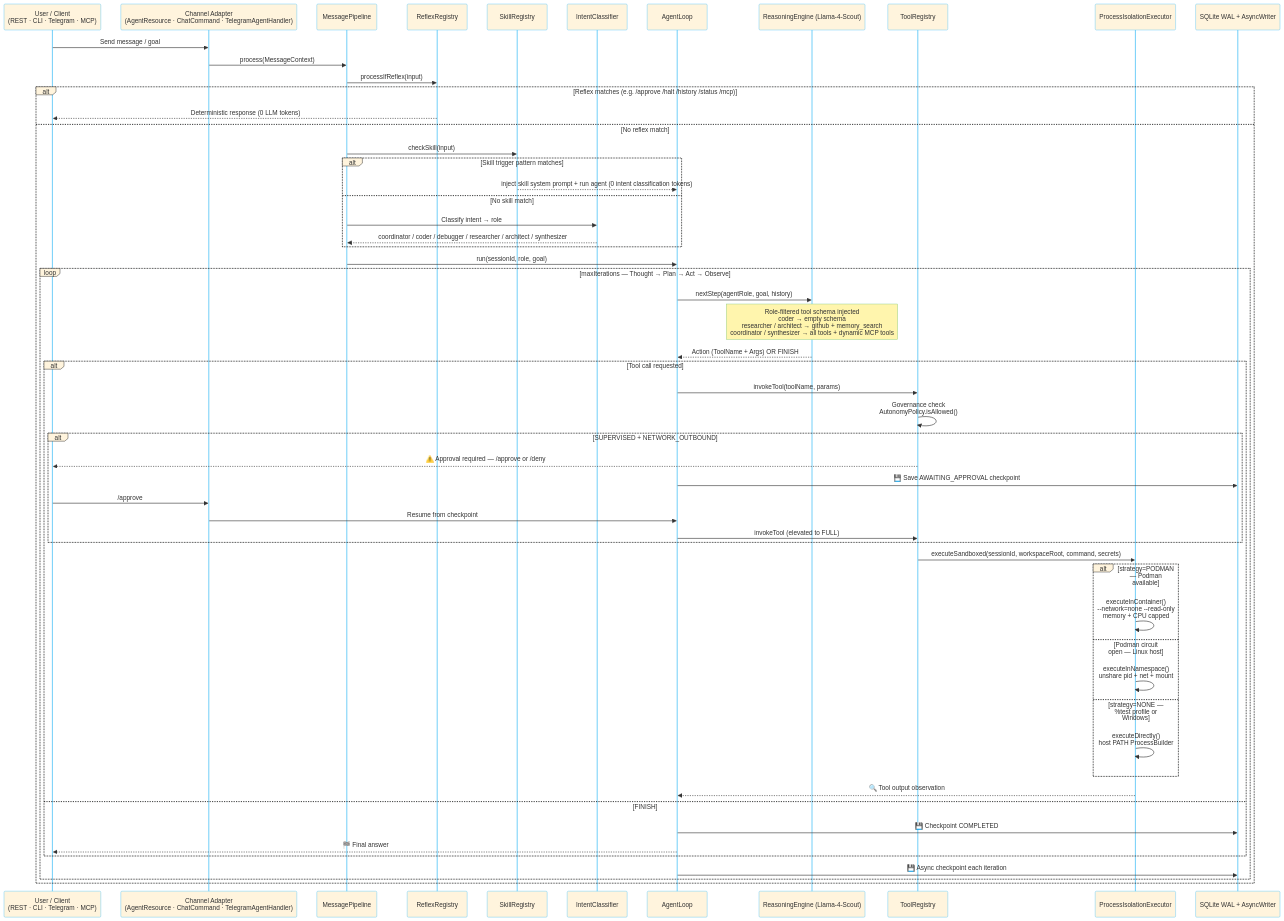
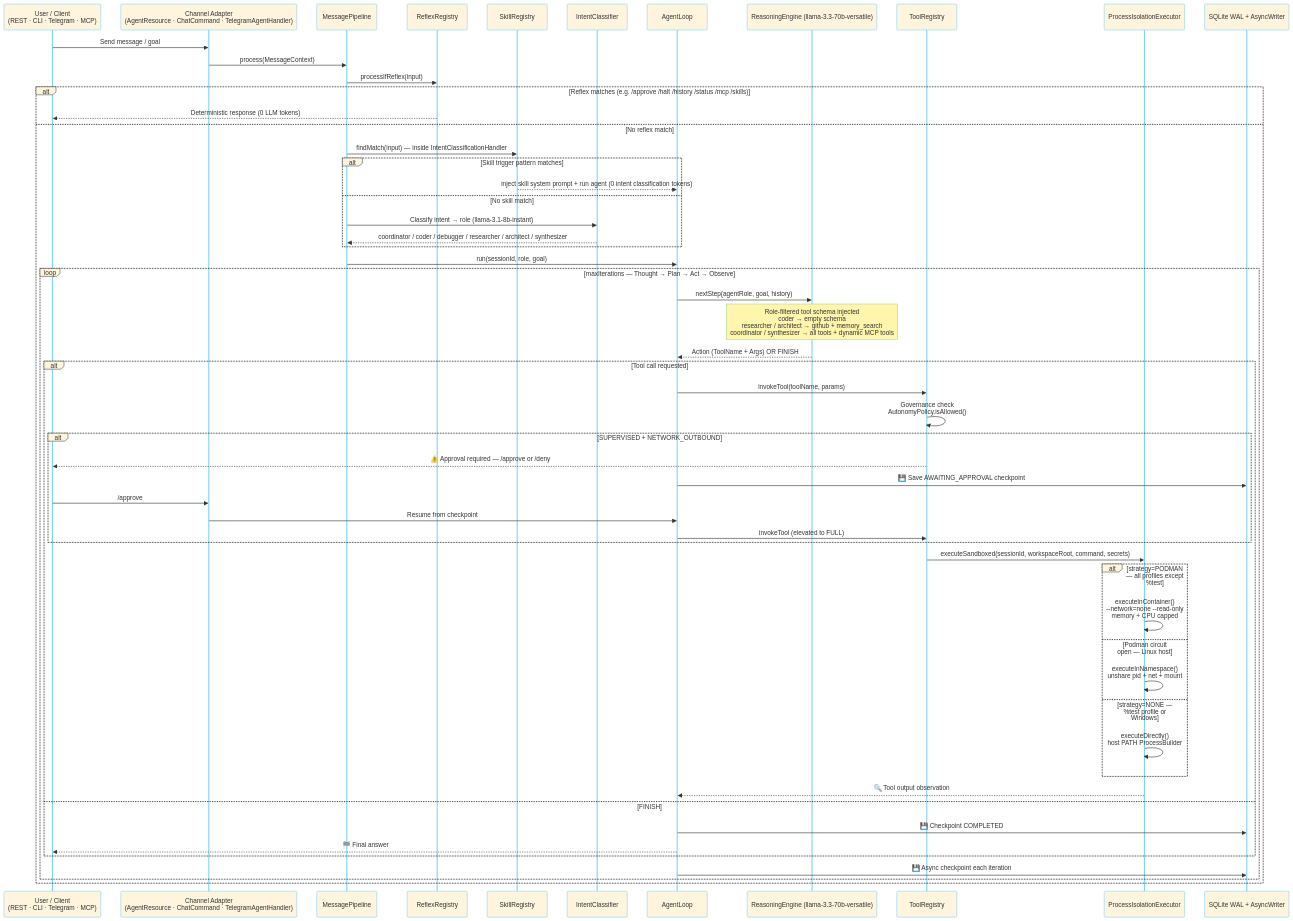
Before and after one commit to rsrini7/AmshaAgent: the third of 8 diagrams in README.md, drawn with Mermaid. The commit also changed other lines of this file, not shown here.

Commit message:
docs: update README to reflect consolidated skill routing within IntentClassificationHandler and new /skills reflex and other key details

````diff
--- a/README.md
+++ b/README.md
@@ -270,68 +269,68 @@
 ```mermaid
 %%{init: {'theme': 'base', 'themeVariables': {'primaryBorderColor': '#4fc3f7', 'lineColor': '#4fc3f7', 'activationBorderColor': '#4fc3f7', 'actorBorder': '#4fc3f7', 'actorLineColor': '#4fc3f7','labelBoxBorderColor': '#0b0c0cff', 'noteBorderColor': '#81c784', 'fontSize': '13px'}}}%%
 sequenceDiagram
     participant U as User / Client<br/>(REST · CLI · Telegram · MCP)
     participant CH as Channel Adapter<br/>(AgentResource · ChatCommand · TelegramAgentHandler)
     participant PP as MessagePipeline
     participant RR as ReflexRegistry
     participant SK as SkillRegistry
     participant IC as IntentClassifier
     participant AL as AgentLoop
-    participant LLM as ReasoningEngine (Llama-4-Scout)
+    participant LLM as ReasoningEngine (llama-3.3-70b-versatile)
     participant TR as ToolRegistry
     participant PIE as ProcessIsolationExecutor
     participant DB as SQLite WAL + AsyncWriter
 
     U->>CH: Send message / goal
     CH->>PP: process(MessageContext)
 
     PP->>RR: processIfReflex(input)
-    alt Reflex matches (e.g. /approve /halt /history /status /mcp)
+    alt Reflex matches (e.g. /approve /halt /history /status /mcp /skills)
         RR-->>U: Deterministic response (0 LLM tokens)
     else No reflex match
-        PP->>SK: checkSkill(input)
+        PP->>SK: findMatch(input) — inside IntentClassificationHandler
         alt Skill trigger pattern matches
             SK-->>AL: inject skill system prompt + run agent (0 intent classification tokens)
         else No skill match
-            PP->>IC: Classify intent → role
+            PP->>IC: Classify intent → role (llama-3.1-8b-instant)
             IC-->>PP: coordinator / coder / debugger / researcher / architect / synthesizer
         end
         PP->>AL: run(sessionId, role, goal)
 
         loop maxIterations — Thought → Plan → Act → Observe
             AL->>LLM: nextStep(agentRole, goal, history)
             Note over LLM: Role-filtered tool schema injected<br/>coder → empty schema<br/>researcher / architect → github + memory_search<br/>coordinator / synthesizer → all tools + dynamic MCP tools
             LLM-->>AL: Action (ToolName + Args) OR FINISH
 
             alt Tool call requested
                 AL->>TR: invokeTool(toolName, params)
                 TR->>TR: Governance check<br/>AutonomyPolicy.isAllowed()
 
                 alt SUPERVISED + NETWORK_OUTBOUND
                     TR-->>U: ⚠️ Approval required — /approve or /deny
                     AL->>DB: 💾 Save AWAITING_APPROVAL checkpoint
                     U->>CH: /approve
                     CH->>AL: Resume from checkpoint
                     AL->>TR: invokeTool (elevated to FULL)
                 end
 
                 TR->>PIE: executeSandboxed(sessionId, workspaceRoot, command, secrets)
 
-                alt strategy=PODMAN — Podman available
+                alt strategy=PODMAN — all profiles except %test
                     PIE->>PIE: executeInContainer()<br/>--network=none --read-only<br/>memory + CPU capped
                 else Podman circuit open — Linux host
                     PIE->>PIE: executeInNamespace()<br/>unshare pid + net + mount
                 else strategy=NONE — %test profile or Windows
                     PIE->>PIE: executeDirectly()<br/>host PATH ProcessBuilder
                 end
 
                 PIE-->>AL: 🔍 Tool output observation
             else FINISH
                 AL->>DB: 💾 Checkpoint COMPLETED
                 AL-->>U: 🏁 Final answer
             end
 
             AL->>DB: 💾 Async checkpoint each iteration
         end
     end
 ```
````
